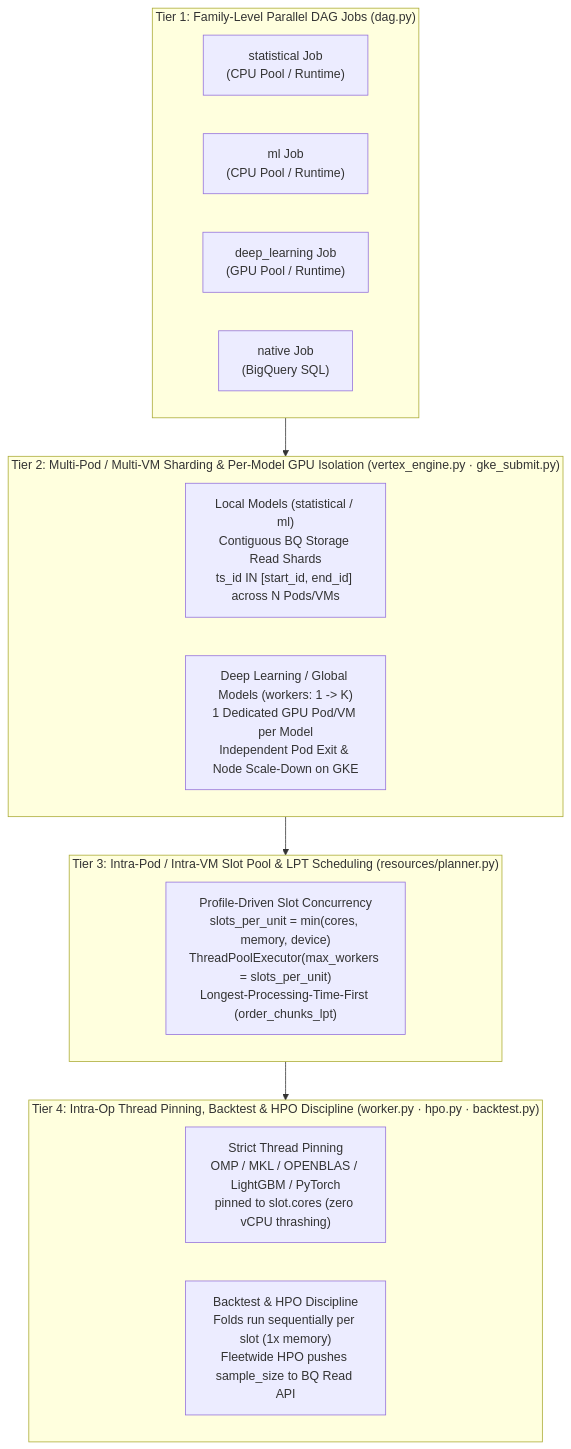
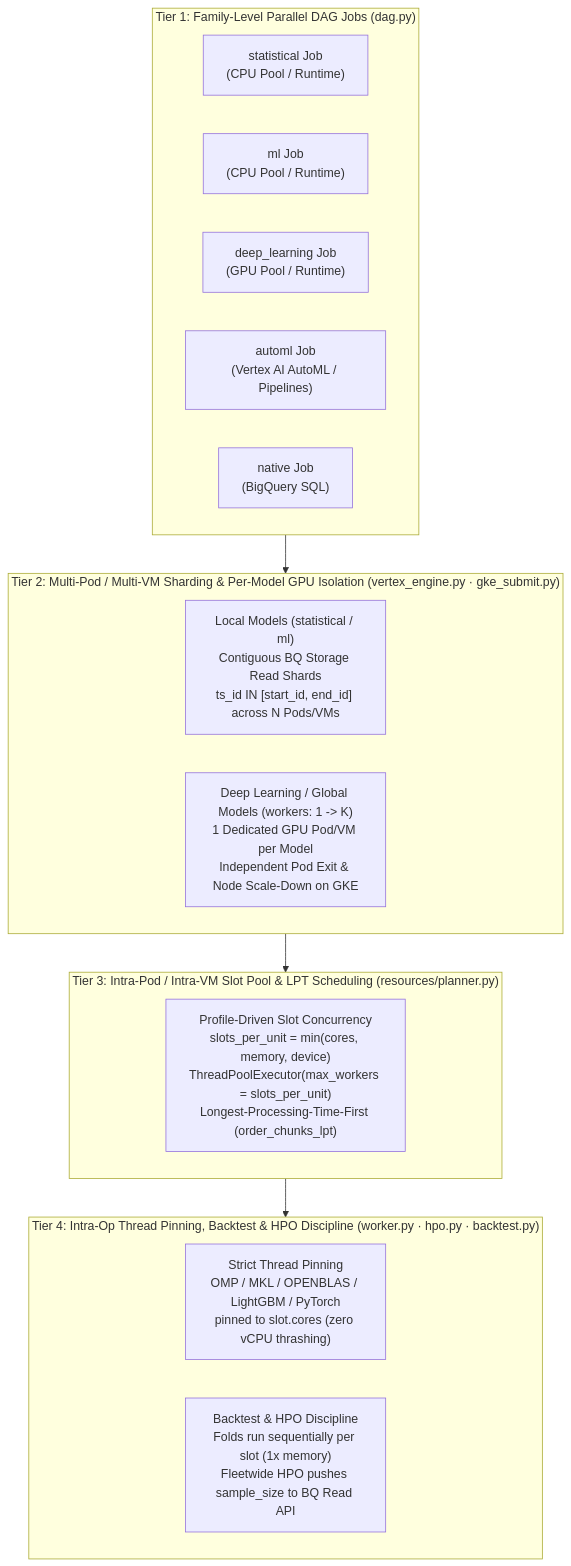
The second of 2 diagrams in docs/runtimes_reference.md (statmike/scale-forecasting), drawn with Mermaid before and after one commit. The commit also changed other lines of this file and 102 other files, not shown here.

Commit message:
feat(automl,explainability): add Vertex AI AutoML & Tabular Workflows (vertex_l2l, vertex_tide, vertex_tft, vertex_seq2seq), Two-Tier Feature Attributions, and repo-wide docs

````diff
--- a/docs/runtimes_reference.md
+++ b/docs/runtimes_reference.md
@@ -65,29 +69,30 @@
 ```mermaid
 flowchart TB
     subgraph T1["Tier 1: Family-Level Parallel DAG Jobs (dag.py)"]
         direction LR
         J_STAT["statistical Job<br/>(CPU Pool / Runtime)"]
         J_ML["ml Job<br/>(CPU Pool / Runtime)"]
         J_DL["deep_learning Job<br/>(GPU Pool / Runtime)"]
+        J_AML["automl Job<br/>(Vertex AI AutoML / Pipelines)"]
         J_NAT["native Job<br/>(BigQuery SQL)"]
     end
 
     subgraph T2["Tier 2: Multi-Pod / Multi-VM Sharding & Per-Model GPU Isolation (vertex_engine.py · gke_submit.py)"]
         direction LR
         P_LOCAL["Local Models (statistical / ml)<br/>Contiguous BQ Storage Read Shards<br/>ts_id IN [start_id, end_id] across N Pods/VMs"]
         P_DL["Deep Learning / Global Models (workers: 1 -> K)<br/>1 Dedicated GPU Pod/VM per Model<br/>Independent Pod Exit & Node Scale-Down on GKE"]
     end
 
     subgraph T3["Tier 3: Intra-Pod / Intra-VM Slot Pool & LPT Scheduling (resources/planner.py)"]
         direction LR
         S_POOL["Profile-Driven Slot Concurrency<br/>slots_per_unit = min(cores, memory, device)<br/>ThreadPoolExecutor(max_workers = slots_per_unit)<br/>Longest-Processing-Time-First (order_chunks_lpt)"]
     end
 
     subgraph T4["Tier 4: Intra-Op Thread Pinning, Backtest & HPO Discipline (worker.py · hpo.py · backtest.py)"]
         direction LR
         I_THREADS["Strict Thread Pinning<br/>OMP / MKL / OPENBLAS / LightGBM / PyTorch<br/>pinned to slot.cores (zero vCPU thrashing)"]
         I_BTHPO["Backtest & HPO Discipline<br/>Folds run sequentially per slot (1x memory)<br/>Fleetwide HPO pushes sample_size to BQ Read API"]
     end
 
     T1 --> T2 --> T3 --> T4
 ```
````
